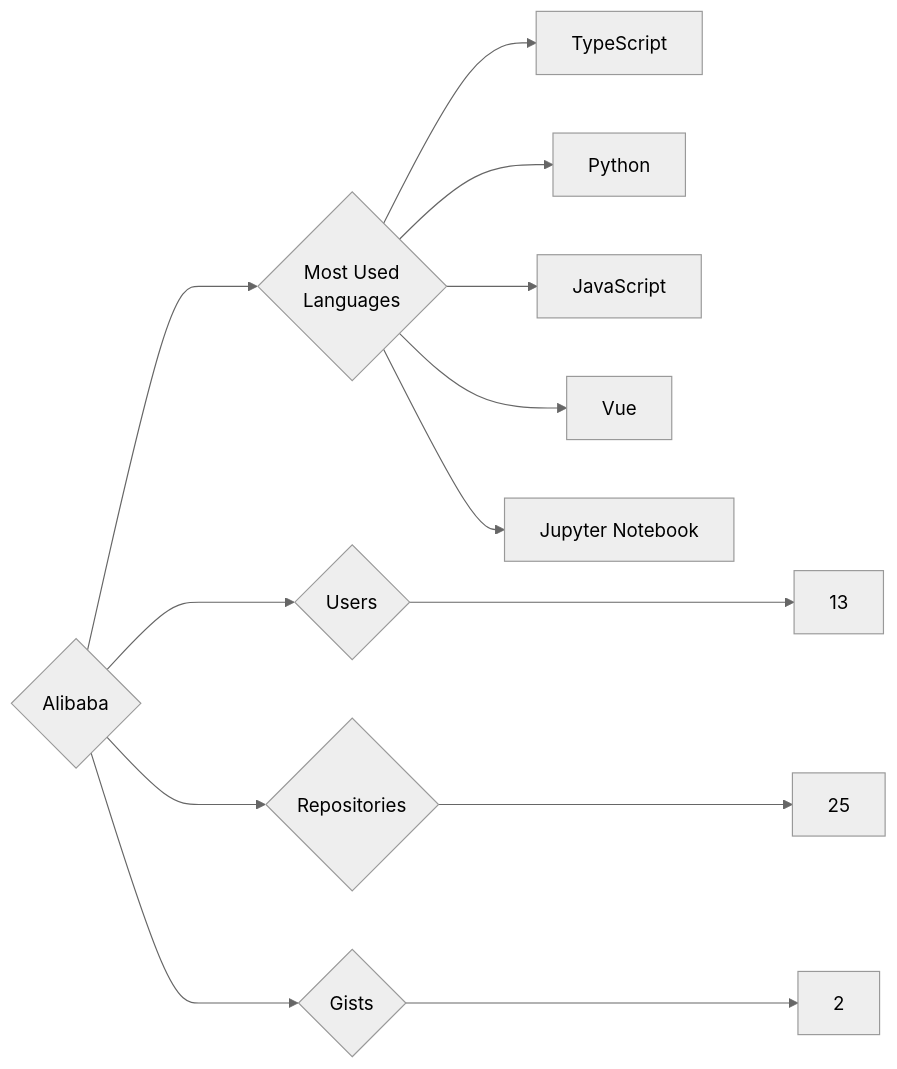
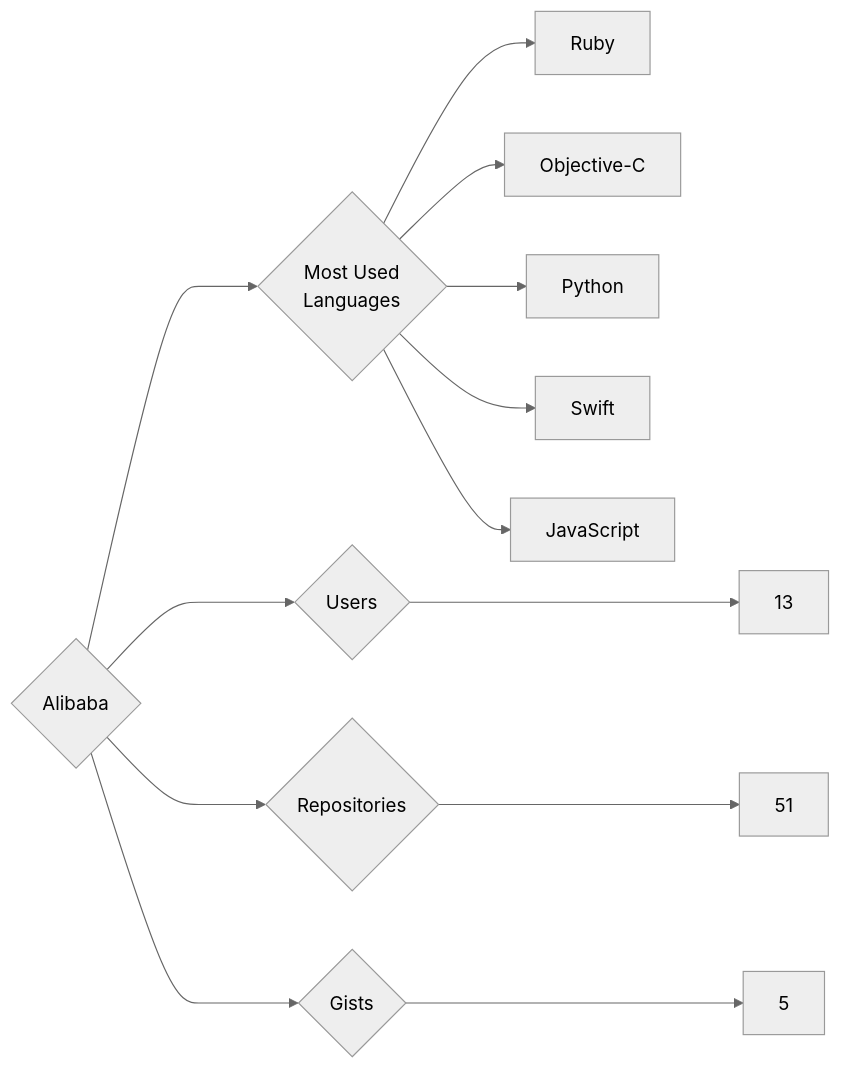
One commit to trickest/insiders changed the diagram in targets/Alibaba/README.md. Above: the diagram before and after it, drawn with Mermaid (neutral theme). The commit also changed 933 other files, not shown here.

````diff
--- a/targets/Alibaba/README.md
+++ b/targets/Alibaba/README.md
@@ -3,13 +3,13 @@
 ```mermaid
 graph LR
 COMPANY_NAME{Alibaba}
 COMPANY_NAME ---> U{Users} ---> UN[13]
-COMPANY_NAME ---> R{Repositories} ---> RN[25]
-COMPANY_NAME ---> G{Gists} ---> GN[2]
+COMPANY_NAME ---> R{Repositories} ---> RN[51]
+COMPANY_NAME ---> G{Gists} ---> GN[5]
 COMPANY_NAME ---> ML{Most Used<br>Languages}
-ML --> TypeScript[TypeScript]
+ML --> Ruby[Ruby]
+ML --> Objective-C[Objective-C]
 ML --> Python[Python]
+ML --> Swift[Swift]
 ML --> JavaScript[JavaScript]
-ML --> Vue[Vue]
-ML --> Jupyter_Notebook[Jupyter Notebook]
 ```
````
